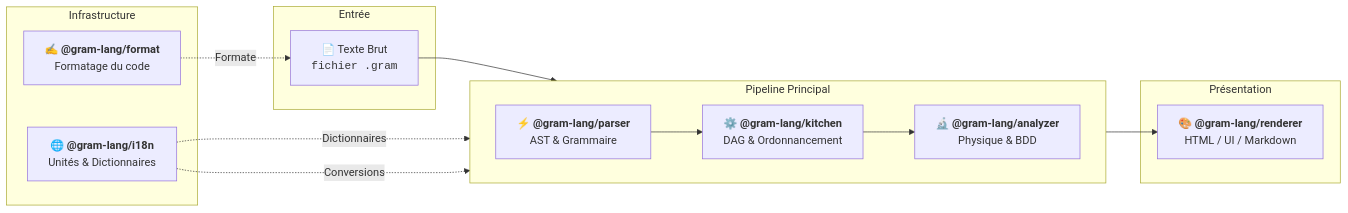
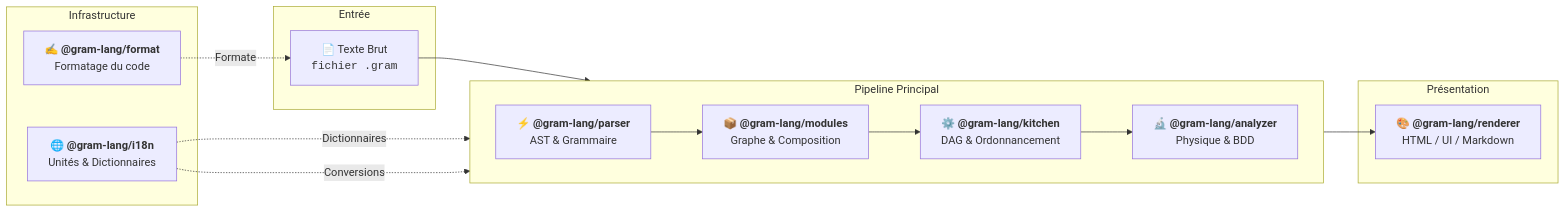
The diagram in packages/docs/src/content/docs/fr/docs/explanation/engine/lifecycle.mdx (gram-lang/gram), drawn with Mermaid before and after one commit. The commit also changed other lines of this file and 17 other files, not shown here.

Commit message:
docs: add @gram-lang/modules reference and engine architecture guides

````diff
--- a/packages/docs/src/content/docs/fr/docs/explanation/engine/lifecycle.mdx
+++ b/packages/docs/src/content/docs/fr/docs/explanation/engine/lifecycle.mdx
@@ -52,30 +55,31 @@
 ```mermaid
 flowchart LR
     subgraph Input ["Entrée"]
         Raw["📄 Texte Brut<br/><code>fichier .gram</code>"]
     end
 
     subgraph Pipeline ["Pipeline Principal"]
         direction LR
         Parser["⚡ <b>@gram-lang/parser</b><br/>AST & Grammaire"]
+        Modules["📦 <b>@gram-lang/modules</b><br/>Graphe & Composition"]
         Kitchen["⚙️ <b>@gram-lang/kitchen</b><br/>DAG & Ordonnancement"]
         Analyzer["🔬 <b>@gram-lang/analyzer</b><br/>Physique & BDD"]
 
-        Parser --> Kitchen --> Analyzer
+        Parser --> Modules --> Kitchen --> Analyzer
     end
 
     subgraph Output ["Présentation"]
         Renderer["🎨 <b>@gram-lang/renderer</b><br/>HTML / UI / Markdown"]
     end
 
     subgraph Infra ["Infrastructure"]
         Format["✍️ <b>@gram-lang/format</b><br/>Formatage du code"]
         I18n["🌐 <b>@gram-lang/i18n</b><br/>Unités & Dictionnaires"]
     end
 
     Raw --> Parser
     Analyzer --> Renderer
     Format -. Formate .-> Raw
     I18n -. Dictionnaires .-> Kitchen
     I18n -. Conversions .-> Analyzer
 ```
````
